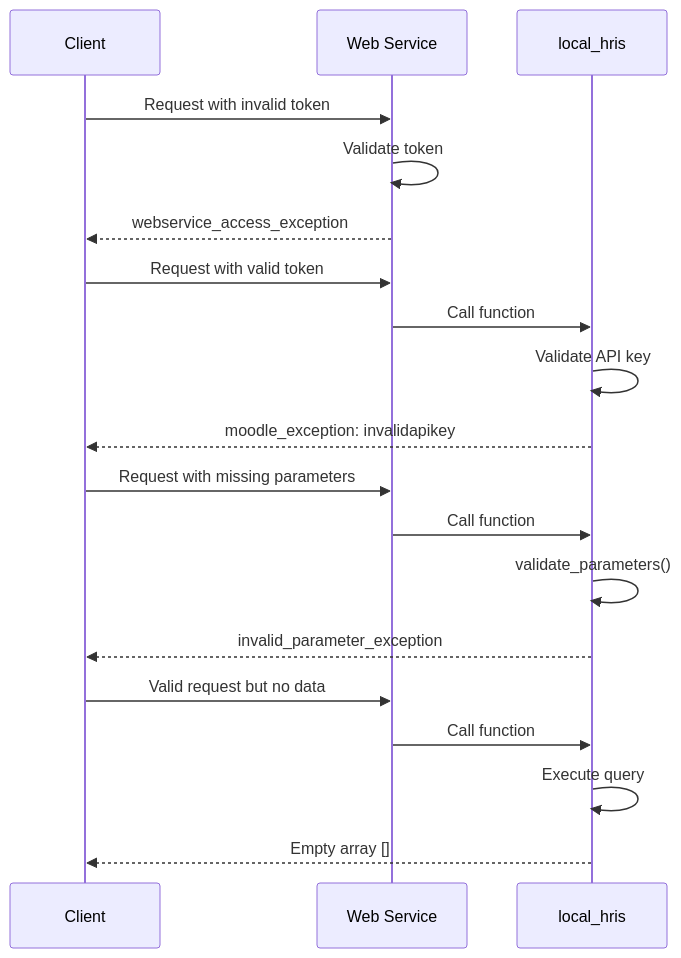
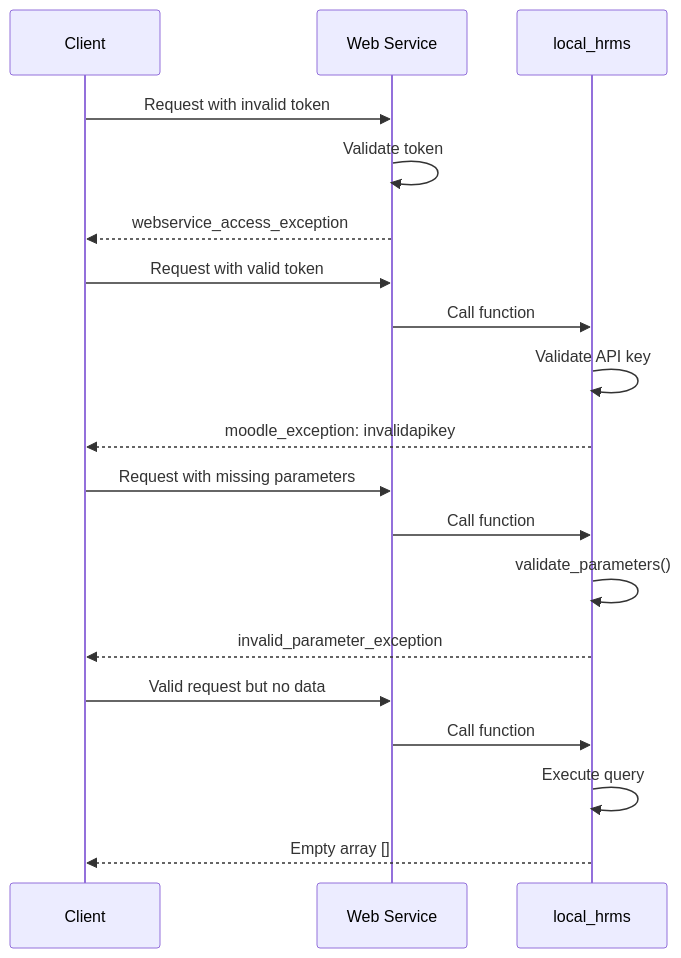
One commit to toosa/moodle-hrms changed the fifth of 6 diagrams in DESIGN.md. Above: the diagram before and after it, drawn with Mermaid. The commit also changed other lines of this file and 18 other files, not shown here.

First line of the commit message:
Refactor HRIS Integration to HRMS Integration

````diff
--- a/DESIGN.md
+++ b/DESIGN.md
@@ -444,25 +444,25 @@
 ```mermaid
 sequenceDiagram
     participant Client
     participant WS as Web Service
-    participant API as local_hris
+    participant API as local_hrms
     
     Client->>WS: Request with invalid token
     WS->>WS: Validate token
     WS-->>Client: webservice_access_exception
     
     Client->>WS: Request with valid token
     WS->>API: Call function
     API->>API: Validate API key
     API-->>Client: moodle_exception: invalidapikey
     
     Client->>WS: Request with missing parameters
     WS->>API: Call function
     API->>API: validate_parameters()
     API-->>Client: invalid_parameter_exception
     
     Client->>WS: Valid request but no data
     WS->>API: Call function
     API->>API: Execute query
     API-->>Client: Empty array []
 ```
````
